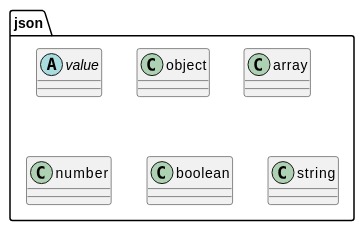
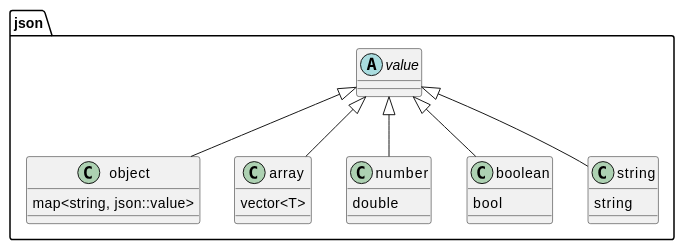
Before and after one commit to t-h2o/webserv: the seventh of 8 diagrams in docs/README.adoc, drawn with PlantUML. The commit also changed other lines of this file and 4 other files, not shown here.

```diff
--- a/docs/README.adoc
+++ b/docs/README.adoc
@@ -121,10 +123,26 @@
 [plantuml, target=json_class, format=svg, width=60%]
 ....
 set separator ::
 abstract json::value
-class json::object
-class json::array
-class json::number
-class json::boolean
-class json::string
+class json::object {
+  map<string, json::value>
+}
+class json::array {
+  vector<T>
+}
+class json::number {
+  double
+}
+class json::boolean {
+  bool
+}
+class json::string {
+  string
+}
+
+json::value <|-- json::object
+json::value <|-- json::array
+json::value <|-- json::number
+json::value <|-- json::boolean
+json::value <|-- json::string
 ....
```
